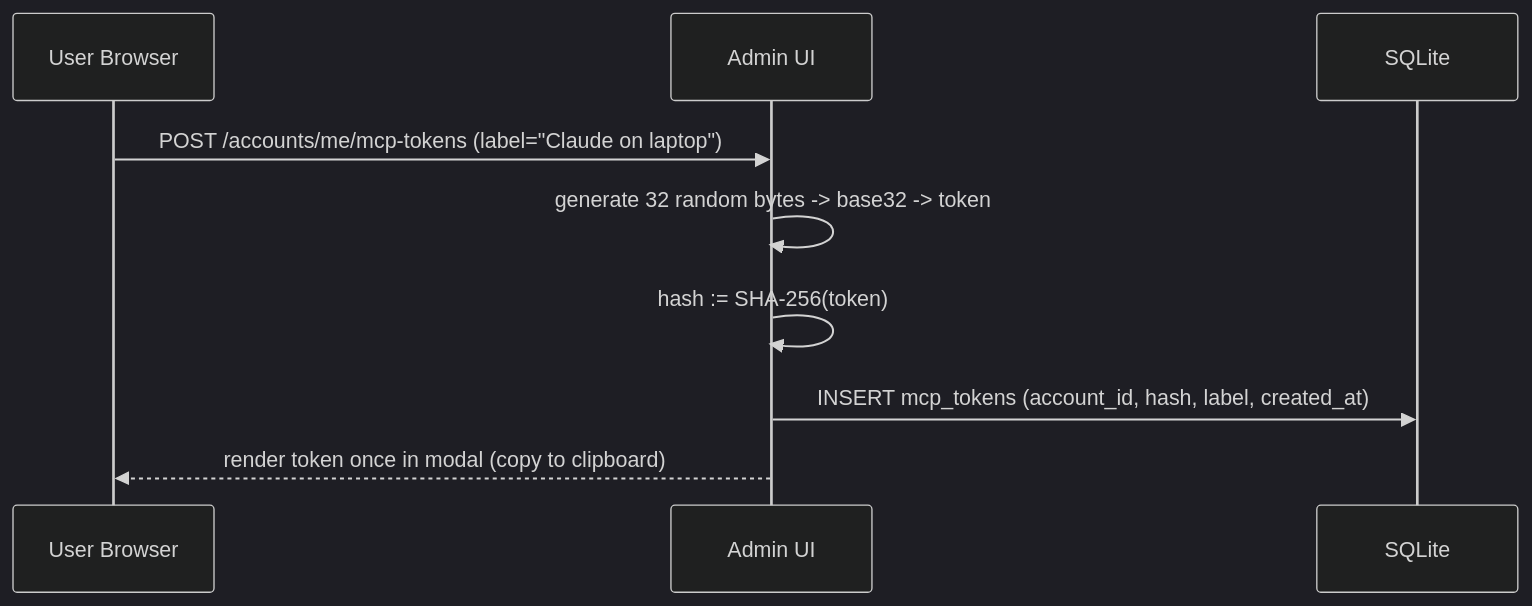
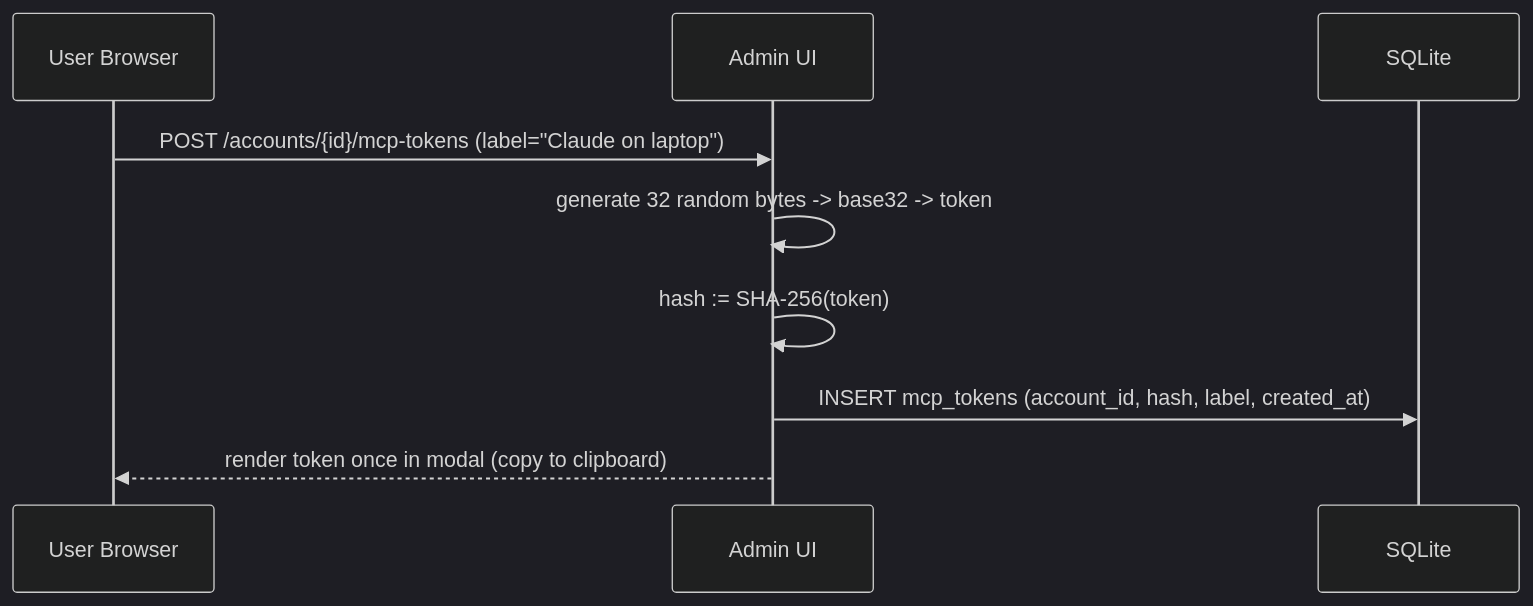
One commit to joestump/reduit changed the third of 3 diagrams in docs/openspec/specs/mcp-tool-surface/design.md. Above: the diagram before and after it, drawn with Mermaid (dark theme). The commit also changed other lines of this file and 1 other file, not shown here.

````diff
--- a/docs/openspec/specs/mcp-tool-surface/design.md
+++ b/docs/openspec/specs/mcp-tool-surface/design.md
@@ -151,11 +151,11 @@
 ```mermaid
 sequenceDiagram
     participant U as User Browser
     participant UI as Admin UI
     participant DB as SQLite
-    U->>UI: POST /accounts/me/mcp-tokens (label="Claude on laptop")
+    U->>UI: POST /accounts/{id}/mcp-tokens (label="Claude on laptop")
     UI->>UI: generate 32 random bytes -> base32 -> token
     UI->>UI: hash := SHA-256(token)
     UI->>DB: INSERT mcp_tokens (account_id, hash, label, created_at)
     UI-->>U: render token once in modal (copy to clipboard)
 ```
````
